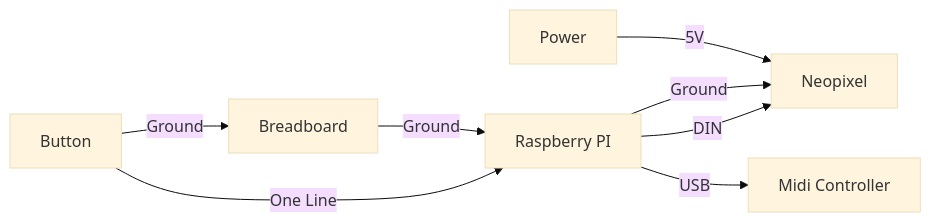
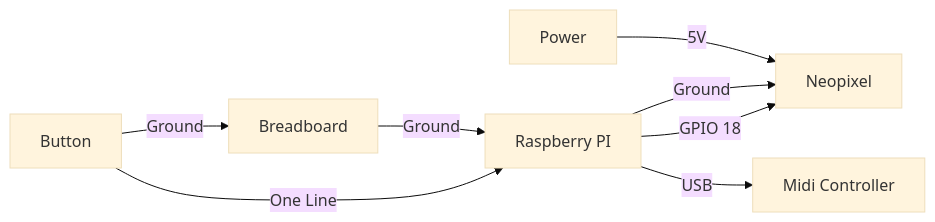
One commit to Kean-en/TeamA-Egl314 changed the diagram in README.md. Above: the diagram before and after it, drawn with Mermaid (base theme).

````diff
--- a/README.md
+++ b/README.md
@@ -30,16 +30,16 @@
 ```mermaid
 graph LR
 A[Button]
 B[Breadboard]
 C[Raspberry PI]
 D[Neopixel]
 E[Midi Controller]
 
 A --Ground--> B
 A --One Line--> C
 B --Ground--> C
-C --DIN--> D
+C --GPIO 18--> D
 C --Ground--> D
 C --USB--> E
 Power --5V--> D
 ```
````
